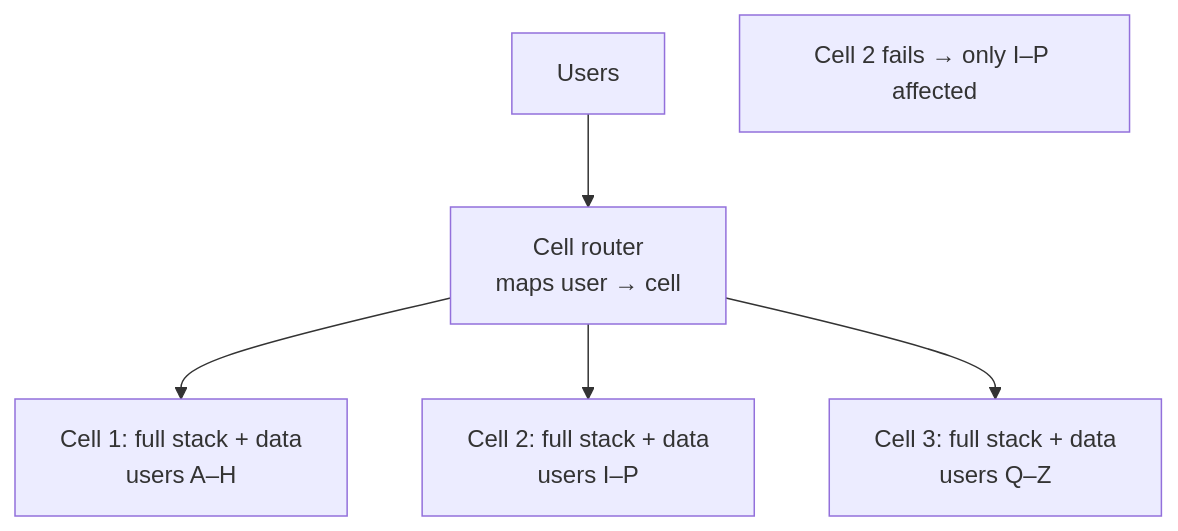
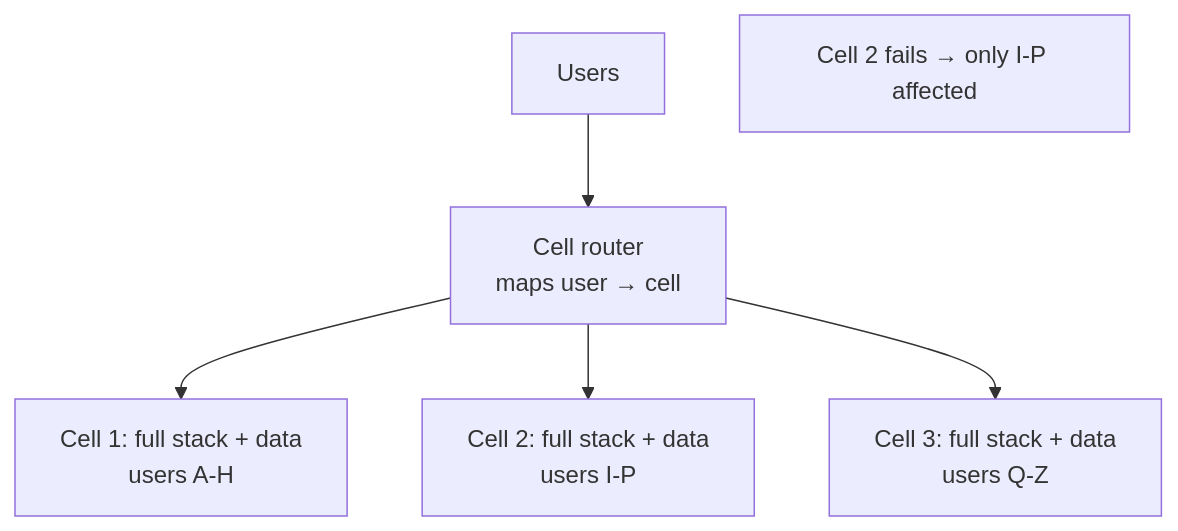
Before and after one commit to b-balakrishna/system-design: the diagram in phase-4-distributed-systems/topic-32-cell-based-architecture.md, drawn with Mermaid. The commit also changed other lines of this file and 165 other files, not shown here.

Commit message:
feat: add comprehensive system design documentation covering foundations, backend, frontend, distributed systems, and AI/ML architectures

````diff
--- a/phase-4-distributed-systems/topic-32-cell-based-architecture.md
+++ b/phase-4-distributed-systems/topic-32-cell-based-architecture.md
@@ -10,8 +10,8 @@
 ```mermaid
 flowchart TB
     U[Users] --> RT[Cell router<br/>maps user → cell]
-    RT --> C1[Cell 1: full stack + data<br/>users A–H]
-    RT --> C2[Cell 2: full stack + data<br/>users I–P]
-    RT --> C3[Cell 3: full stack + data<br/>users Q–Z]
-    Note["Cell 2 fails → only I–P affected"]
+    RT --> C1[Cell 1: full stack + data<br/>users A-H]
+    RT --> C2[Cell 2: full stack + data<br/>users I-P]
+    RT --> C3[Cell 3: full stack + data<br/>users Q-Z]
+    Note["Cell 2 fails → only I-P affected"]
 ```
````
